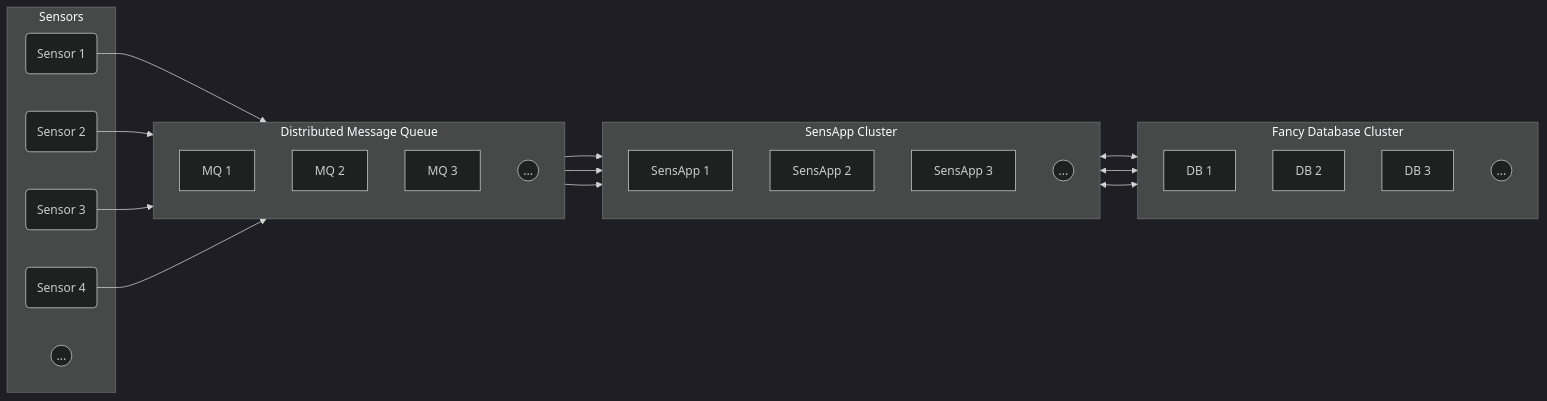
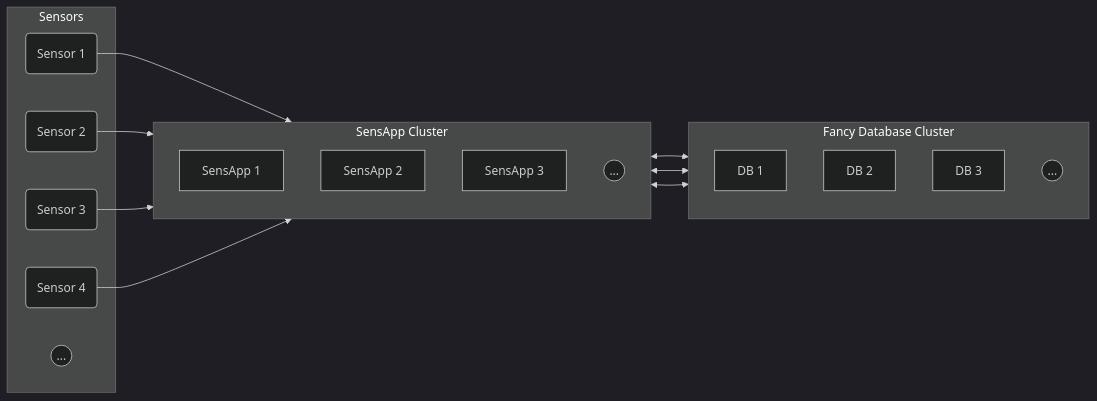
Before and after one commit to SINTEF/sensapp: the second of 2 diagrams in docs/ARCHITECTURE.md, drawn with Mermaid (dark theme). The commit also changed other lines of this file and 1 other file, not shown here.

Commit message:
feat: 📝 rewrite a bit related to the architecture

````diff
--- a/docs/ARCHITECTURE.md
+++ b/docs/ARCHITECTURE.md
@@ -20,43 +22,33 @@
 ```mermaid
 graph LR
 
     subgraph Sensors
     Sensor1(Sensor 1)
     Sensor2(Sensor 2)
     Sensor3(Sensor 3)
     Sensor4(Sensor 4)
     MoreSensors((...))
-    end
-
-    subgraph MQs["Distributed Message Queue"]
-    MQ1[MQ 1]
-    MQ2[MQ 2]
-    MQ3[MQ 3]
-    MoreMQ((...))
     end
 
     subgraph SensApp["SensApp Cluster"]
     SensApp1[SensApp 1]
     SensApp2[SensApp 2]
     SensApp3[SensApp 3]
     MoreSensApp((...))
     end
 
     subgraph DBs["Fancy Database Cluster"]
     DB1[DB 1]
     DB2[DB 2]
     DB3[DB 3]
     MoreDB((...))
     end
 
-    Sensor1 --> MQs
-    Sensor2 --> MQs
-    Sensor3 --> MQs
-    Sensor4 --> MQs
-    MQs --> SensApp
-    MQs --> SensApp
-    MQs --> SensApp
+    Sensor1 --> SensApp
+    Sensor2 --> SensApp
+    Sensor3 --> SensApp
+    Sensor4 --> SensApp
     SensApp <--> DBs
     SensApp <--> DBs
     SensApp <--> DBs
 ```
````
